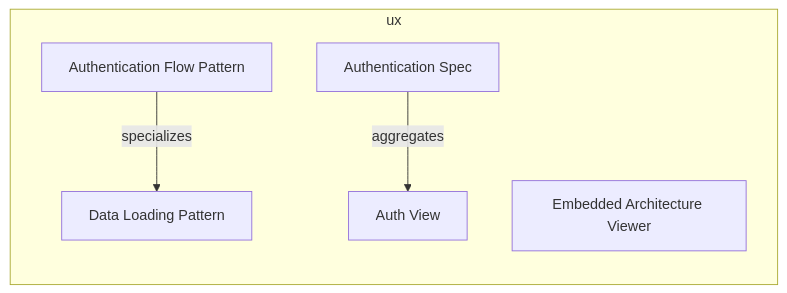
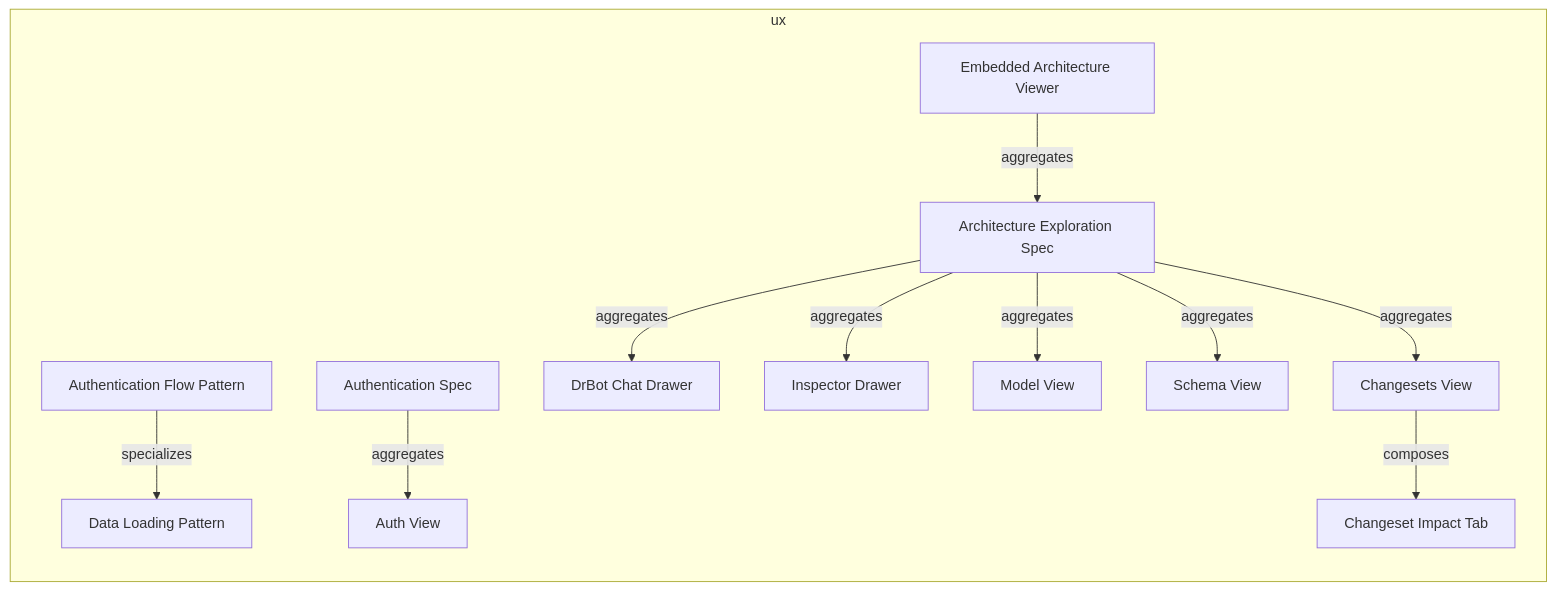
The first of 2 diagrams in documentation-robotics/reports/10-ux-layer-report.md (tinkermonkey/documentation_robotics_viewer), drawn with Mermaid before and after one commit. The commit also changed other lines of this file and 39 other files, not shown here.

````diff
--- a/documentation-robotics/reports/10-ux-layer-report.md
+++ b/documentation-robotics/reports/10-ux-layer-report.md
@@ -31,12 +32,26 @@
 ```mermaid
 flowchart LR
   subgraph ux
     ux_statepattern_authentication_flow_pattern["Authentication Flow Pattern"]
     ux_statepattern_data_loading_pattern["Data Loading Pattern"]
+    ux_subview_changeset_impact_tab["Changeset Impact Tab"]
     ux_uxapplication_embedded_architecture_viewer["Embedded Architecture Viewer"]
+    ux_uxspec_architecture_exploration_spec["Architecture Exploration Spec"]
     ux_uxspec_authentication_spec["Authentication Spec"]
     ux_view_auth_view["Auth View"]
+    ux_view_changesets_view["Changesets View"]
+    ux_view_dr_bot_chat_drawer["DrBot Chat Drawer"]
+    ux_view_inspector_drawer["Inspector Drawer"]
+    ux_view_model_view["Model View"]
+    ux_view_schema_view["Schema View"]
     ux_statepattern_authentication_flow_pattern -->|specializes| ux_statepattern_data_loading_pattern
+    ux_uxapplication_embedded_architecture_viewer -->|aggregates| ux_uxspec_architecture_exploration_spec
+    ux_uxspec_architecture_exploration_spec -->|aggregates| ux_view_changesets_view
+    ux_uxspec_architecture_exploration_spec -->|aggregates| ux_view_dr_bot_chat_drawer
+    ux_uxspec_architecture_exploration_spec -->|aggregates| ux_view_inspector_drawer
+    ux_uxspec_architecture_exploration_spec -->|aggregates| ux_view_model_view
+    ux_uxspec_architecture_exploration_spec -->|aggregates| ux_view_schema_view
     ux_uxspec_authentication_spec -->|aggregates| ux_view_auth_view
+    ux_view_changesets_view -->|composes| ux_subview_changeset_impact_tab
   end
 ```
````
